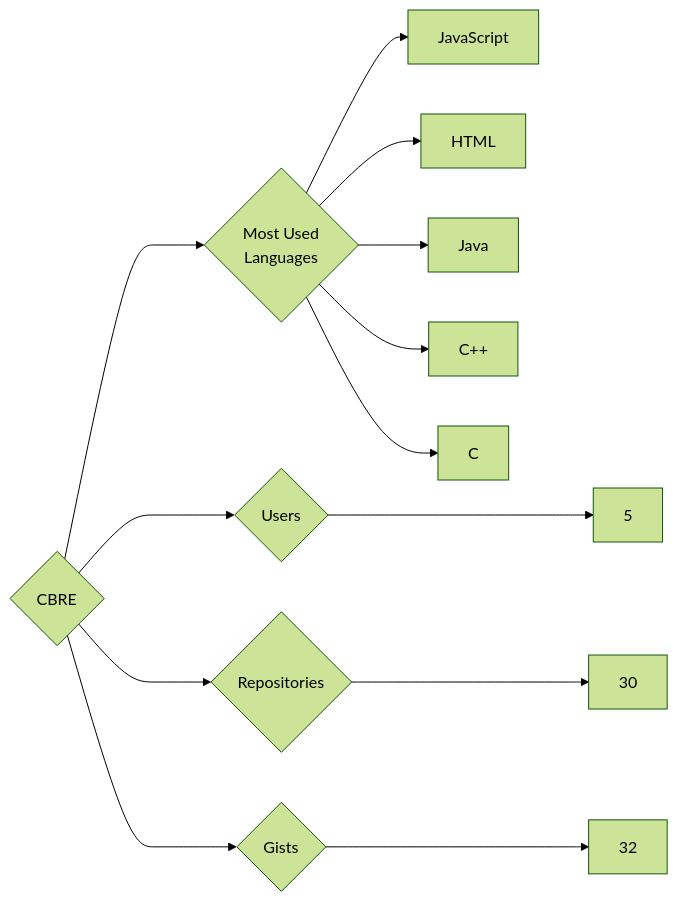
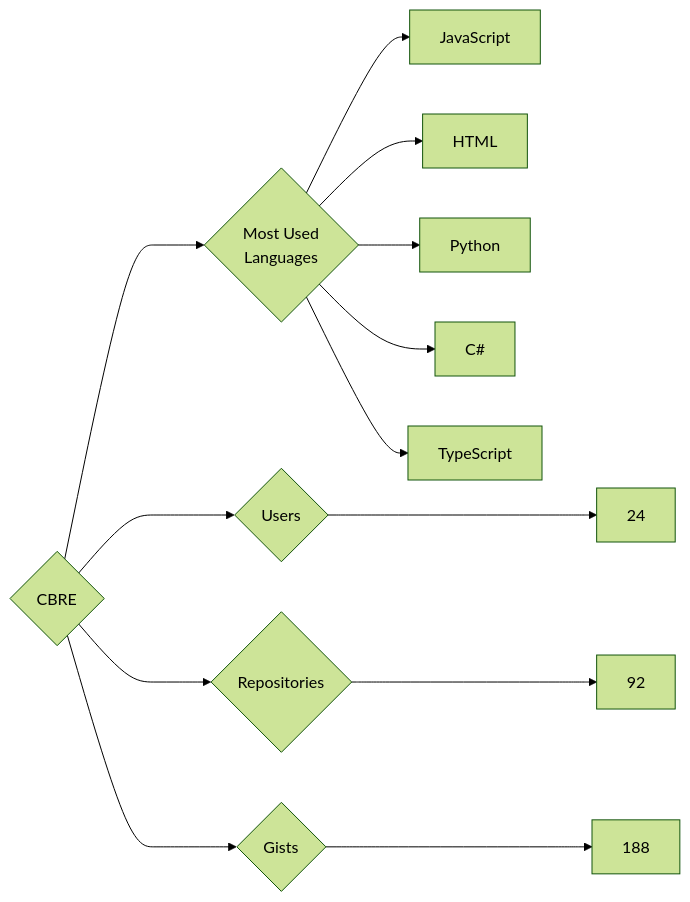
Before and after one commit to trickest/insiders: the diagram in targets/CBRE/README.md, drawn with Mermaid (forest theme). The commit also changed 594 other files, not shown here.

````diff
--- a/targets/CBRE/README.md
+++ b/targets/CBRE/README.md
@@ -3,13 +3,13 @@
 ```mermaid
 graph LR
 COMPANY_NAME{CBRE}
-COMPANY_NAME ---> U{Users} ---> UN[5]
-COMPANY_NAME ---> R{Repositories} ---> RN[30]
-COMPANY_NAME ---> G{Gists} ---> GN[32]
+COMPANY_NAME ---> U{Users} ---> UN[24]
+COMPANY_NAME ---> R{Repositories} ---> RN[92]
+COMPANY_NAME ---> G{Gists} ---> GN[188]
 COMPANY_NAME ---> ML{Most Used<br>Languages}
 ML --> JavaScript[JavaScript]
 ML --> HTML[HTML]
-ML --> Java[Java]
-ML --> C++[C++]
-ML --> C[C]
+ML --> Python[Python]
+ML --> C#[C#]
+ML --> TypeScript[TypeScript]
 ```
````
